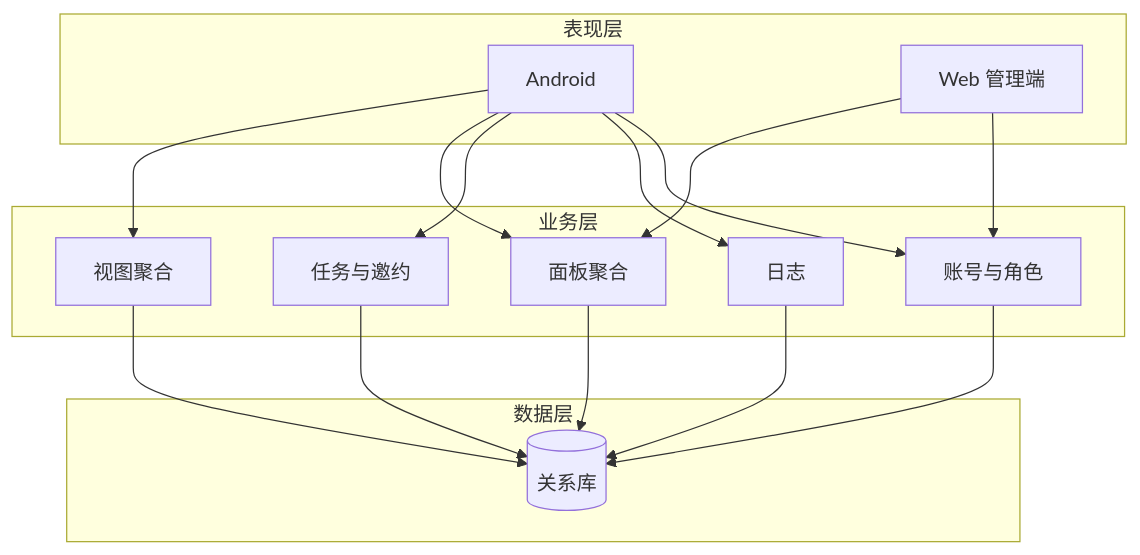
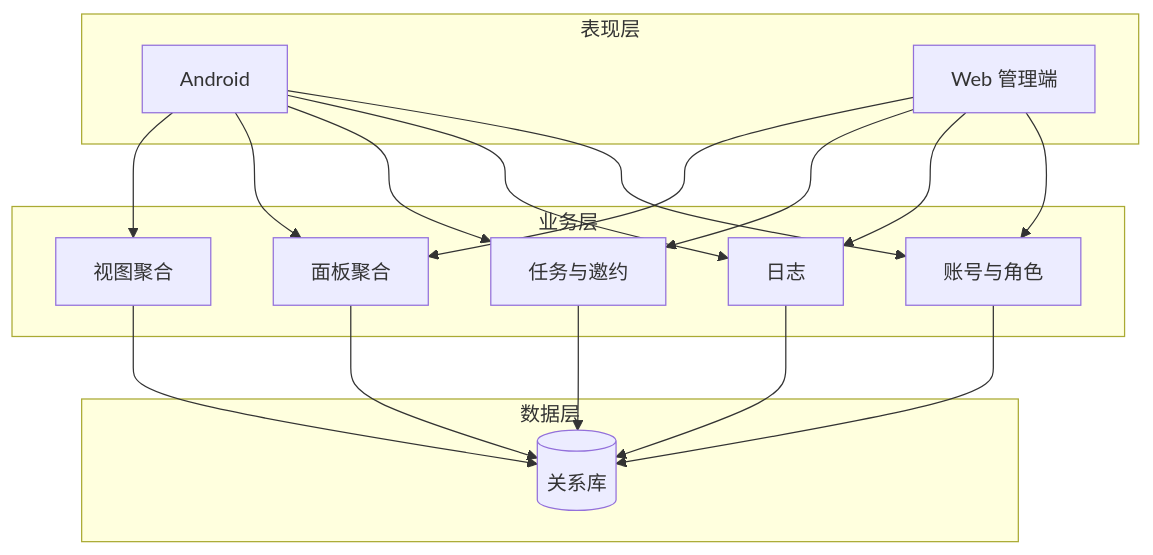
The first of 2 diagrams in docs/产品需求与设计-初版.md (zayinO-00-01/project-pandora), drawn with Mermaid before and after one commit. The commit also changed other lines of this file and 261 other files, not shown here.

````diff
--- a/docs/产品需求与设计-初版.md
+++ b/docs/产品需求与设计-初版.md
@@ -99,29 +99,31 @@
 ```mermaid
 flowchart TB
   subgraph presentation [表现层]
     Android[Android]
     Web[Web 管理端]
   end
   subgraph business [业务层]
     Auth[账号与角色]
     Log[日志]
     Task[任务与邀约]
     Panel[面板聚合]
     View[视图聚合]
   end
   subgraph data [数据层]
     DB[(关系库)]
   end
   Android --> Auth
   Android --> Log
   Android --> Task
   Android --> Panel
   Android --> View
   Web --> Auth
+  Web --> Log
+  Web --> Task
   Web --> Panel
   Auth --> DB
   Log --> DB
   Task --> DB
   Panel --> DB
   View --> DB
 ```
````
